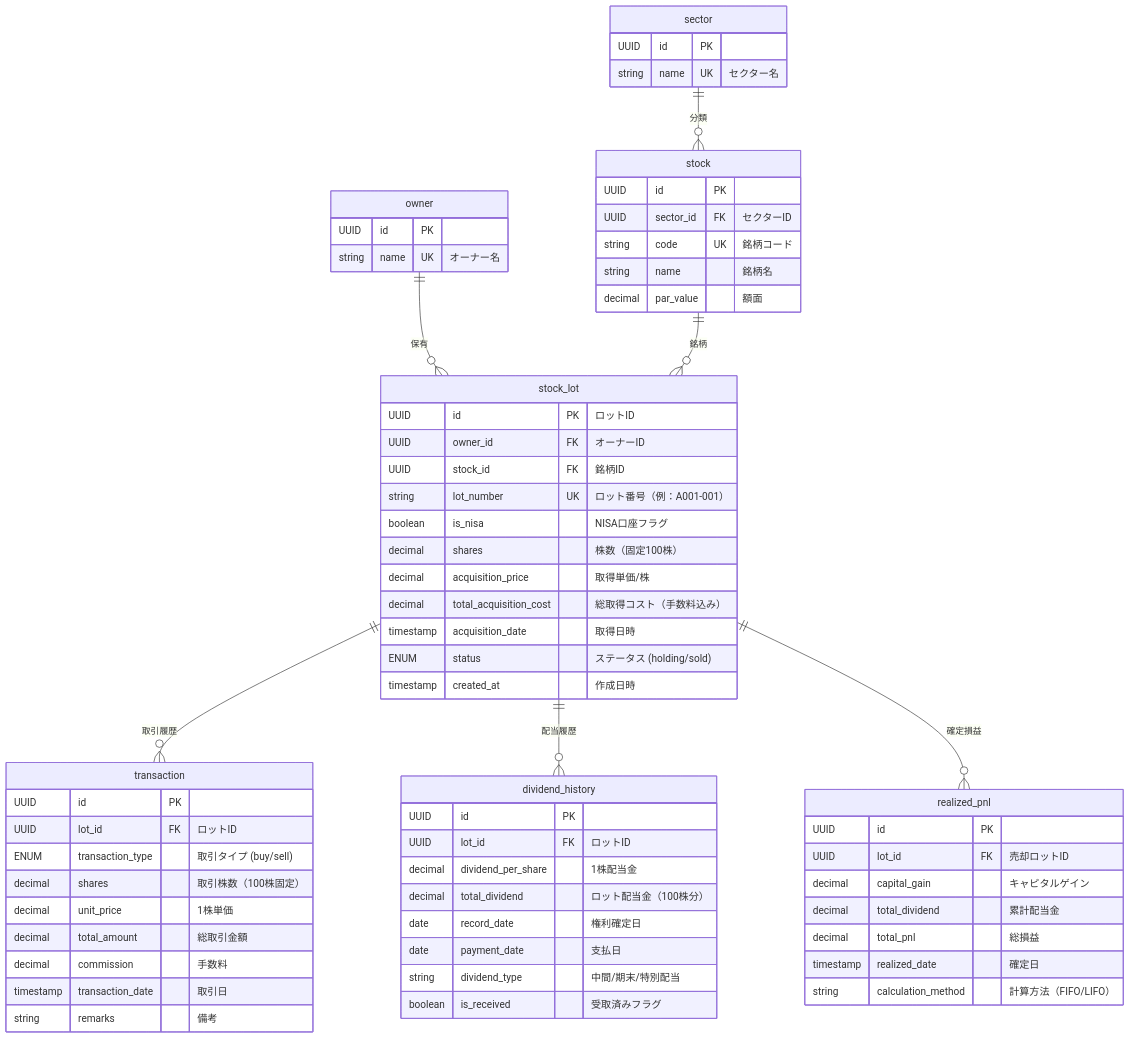
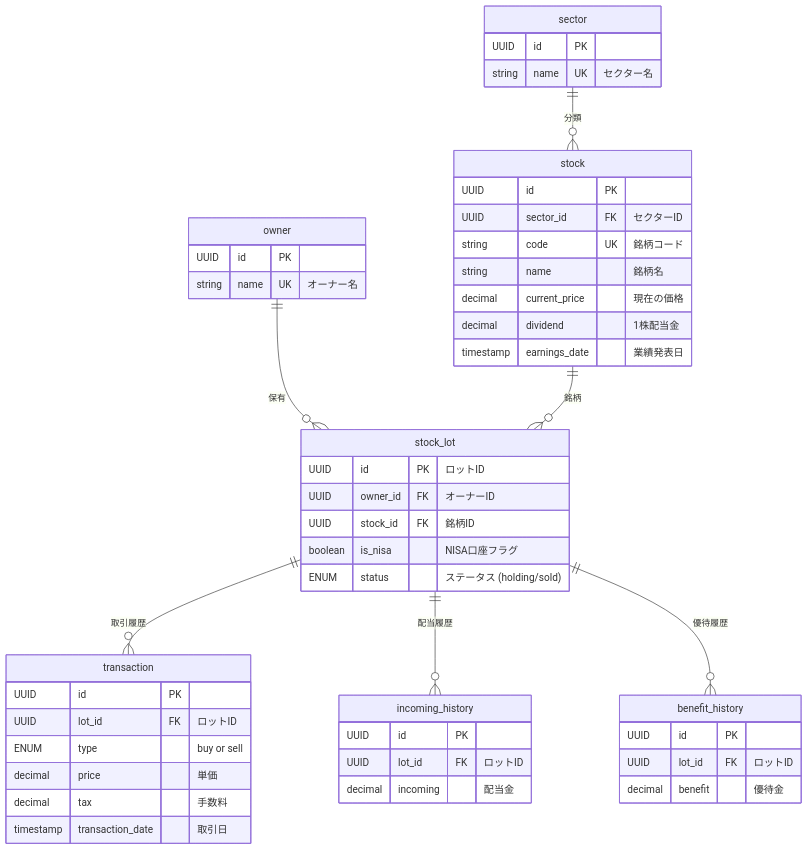
Before and after one commit to ijikeman/StockManager: the diagram in ER.md, drawn with Mermaid. The commit also changed other lines of this file, not shown here.

````diff
--- a/ER.md
+++ b/ER.md
@@ -15,74 +11,58 @@
 ```mermaid
 erDiagram
     stock_lot {
         UUID id PK "ロットID"
         UUID owner_id FK "オーナーID"
         UUID stock_id FK "銘柄ID" 
-        string lot_number UK "ロット番号（例：A001-001）"
         boolean is_nisa "NISA口座フラグ"
-        decimal shares "株数（固定100株）"
-        decimal acquisition_price "取得単価/株"
-        decimal total_acquisition_cost "総取得コスト（手数料込み）"
-        timestamp acquisition_date "取得日時"
         ENUM status "ステータス (holding/sold)"
-        timestamp created_at "作成日時"
     }
     
     transaction {
         UUID id PK
         UUID lot_id FK "ロットID"
-        ENUM transaction_type "取引タイプ (buy/sell)"
-        decimal shares "取引株数（100株固定）"
-        decimal unit_price "1株単価"
-        decimal total_amount "総取引金額"
-        decimal commission "手数料"
+        ENUM type "buy or sell"
+        decimal price "単価"
+        decimal tax "手数料"
         timestamp transaction_date "取引日"
-        string remarks "備考"
     }
-    
-    dividend_history {
+
+    incoming_history {
         UUID id PK
         UUID lot_id FK "ロットID"
-        decimal dividend_per_share "1株配当金"
-        decimal total_dividend "ロット配当金（100株分）"
-        date record_date "権利確定日"
-        date payment_date "支払日"
-        string dividend_type "中間/期末/特別配当"
-        boolean is_received "受取済みフラグ"
+        decimal incoming "配当金"
     }
-    
-    realized_pnl {
+
+    benefit_history {
         UUID id PK
-        UUID lot_id FK "売却ロットID"
-        decimal capital_gain "キャピタルゲイン"
-        decimal total_dividend "累計配当金"
-        decimal total_pnl "総損益"
-        timestamp realized_date "確定日"
-        string calculation_method "計算方法（FIFO/LIFO）"
+        UUID lot_id FK "ロットID"
+        decimal benefit "優待金"
     }
-    
+
     owner {
         UUID id PK
         string name UK "オーナー名"
     }
     
     stock {
         UUID id PK
         UUID sector_id FK "セクターID"
         string code UK "銘柄コード"
         string name "銘柄名"
-        decimal par_value "額面"
+        decimal current_price "現在の価格"
+        decimal dividend "1株配当金"
+        timestamp earnings_date "業績発表日"
     }
     
     sector {
         UUID id PK
         string name UK "セクター名"
     }
     
     owner ||--o{ stock_lot : "保有"
     stock ||--o{ stock_lot : "銘柄"
     stock_lot ||--o{ transaction : "取引履歴"
-    stock_lot ||--o{ dividend_history : "配当履歴"
-    stock_lot ||--o{ realized_pnl : "確定損益"
+    stock_lot ||--o{ incoming_history : "配当履歴"
+    stock_lot ||--o{ benefit_history : "優待履歴"
     sector ||--o{ stock : "分類"
 ```
````
